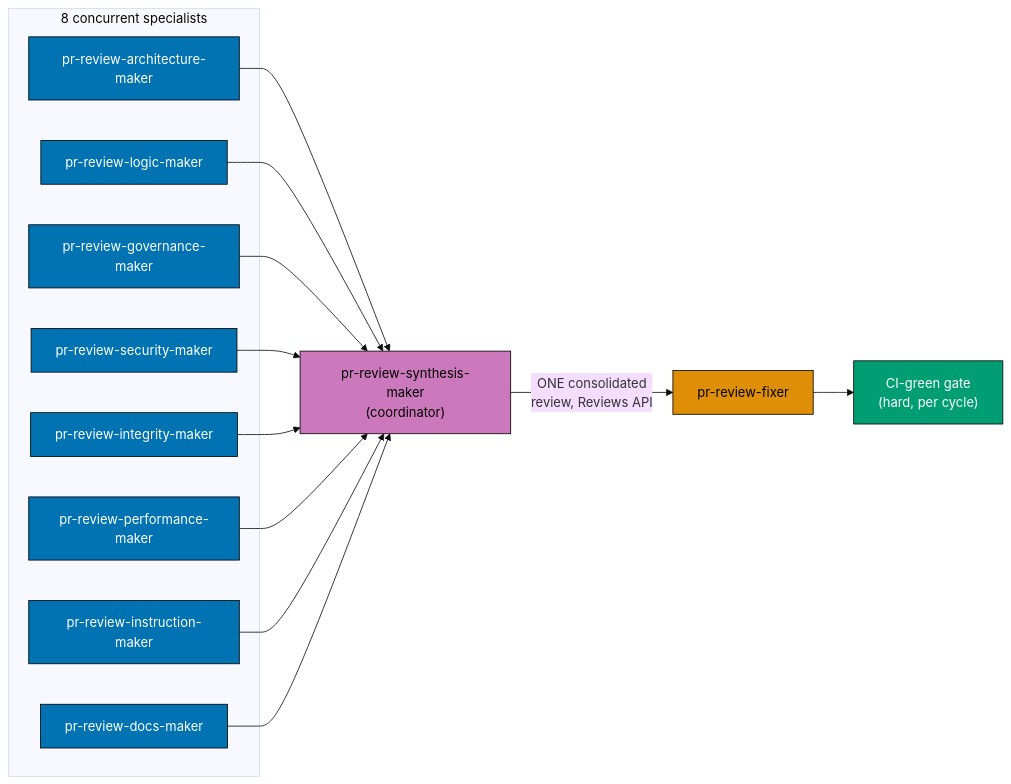
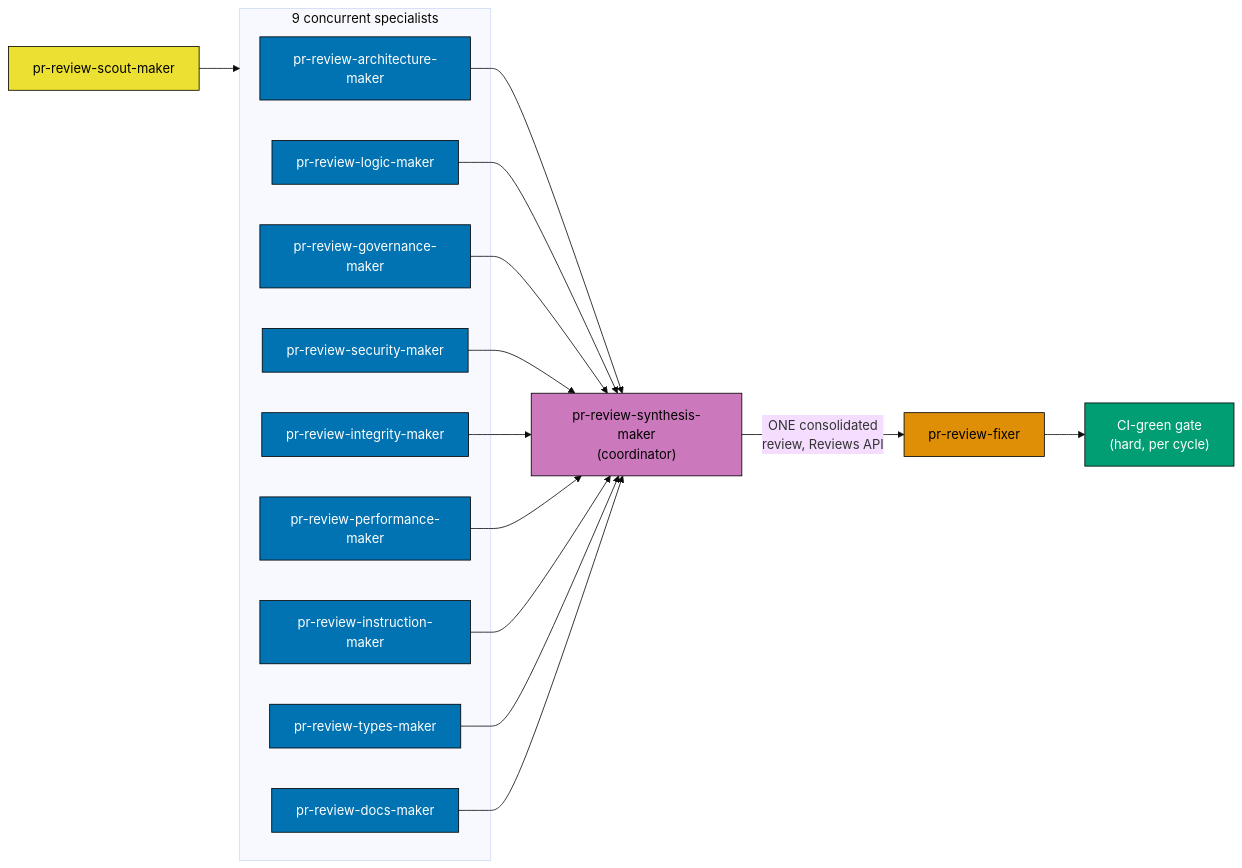
The first of 3 diagrams in repo-governance/workflows/pr/pr-review-quality-gate.md (wahidyankf/open-sharia-fintech), drawn with Mermaid (base theme) before and after one commit. The commit also changed other lines of this file, not shown here.

First line of the commit message:
docs(workflow): wire scout-first pipeline into PR review quality gate

````diff
--- a/repo-governance/workflows/pr/pr-review-quality-gate.md
+++ b/repo-governance/workflows/pr/pr-review-quality-gate.md
@@ -83,29 +87,34 @@
 ```mermaid
-%% Color palette: Blue #0173B2 (specialists), Purple #CC78BC (coordinator), Orange #DE8F05 (fixer), Teal #029E73 (CI gate)
+%% Color palette: Gold #ECE133 (scout), Blue #0173B2 (specialists), Purple #CC78BC (coordinator), Orange #DE8F05 (fixer), Teal #029E73 (CI gate)
 flowchart LR
-  subgraph FANOUT["8 concurrent specialists"]
+  SC["pr-review-scout-maker"]:::gold
+  subgraph FANOUT["9 concurrent specialists"]
     A["pr-review-architecture-maker"]:::blue
     L["pr-review-logic-maker"]:::blue
     G["pr-review-governance-maker"]:::blue
     S["pr-review-security-maker"]:::blue
     I["pr-review-integrity-maker"]:::blue
     P["pr-review-performance-maker"]:::blue
     D["pr-review-docs-maker"]:::blue
     N["pr-review-instruction-maker"]:::blue
+    T["pr-review-types-maker"]:::blue
   end
+  SC --> FANOUT
   A --> SY
   L --> SY
   G --> SY
   S --> SY
   I --> SY
   P --> SY
   N --> SY
+  T --> SY
   D --> SY["pr-review-synthesis-maker<br/>(coordinator)"]:::purple
   SY -->|"ONE consolidated<br/>review, Reviews API"| FX["pr-review-fixer"]:::orange
   FX --> CI["CI-green gate<br/>(hard, per cycle)"]:::teal
 
+  classDef gold fill:#ECE133,stroke:#000000,color:#000000
   classDef blue fill:#0173B2,stroke:#000000,color:#FFFFFF
   classDef purple fill:#CC78BC,stroke:#000000,color:#000000
   classDef orange fill:#DE8F05,stroke:#000000,color:#000000
   classDef teal fill:#029E73,stroke:#000000,color:#FFFFFF
 ```
````
